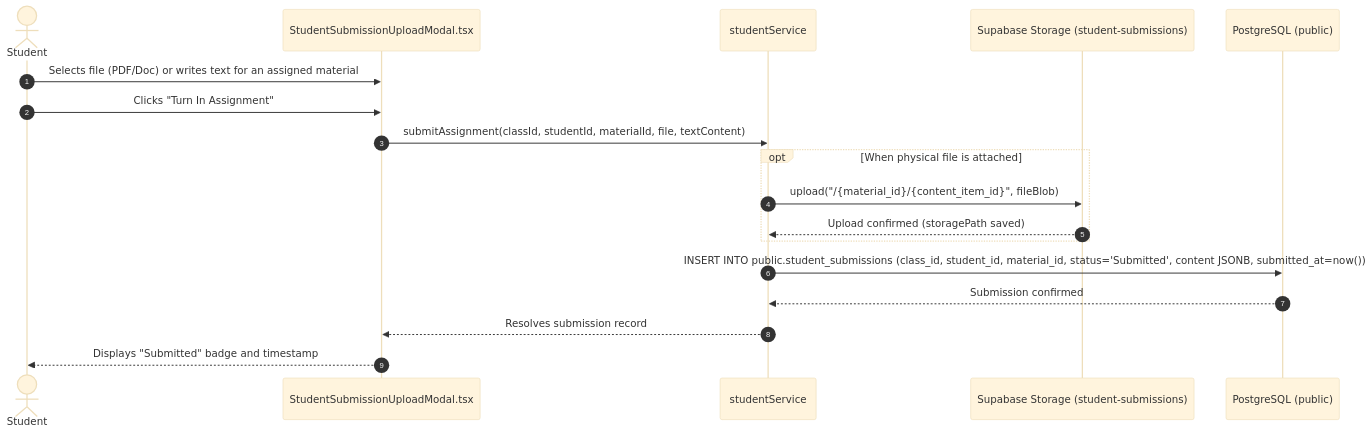
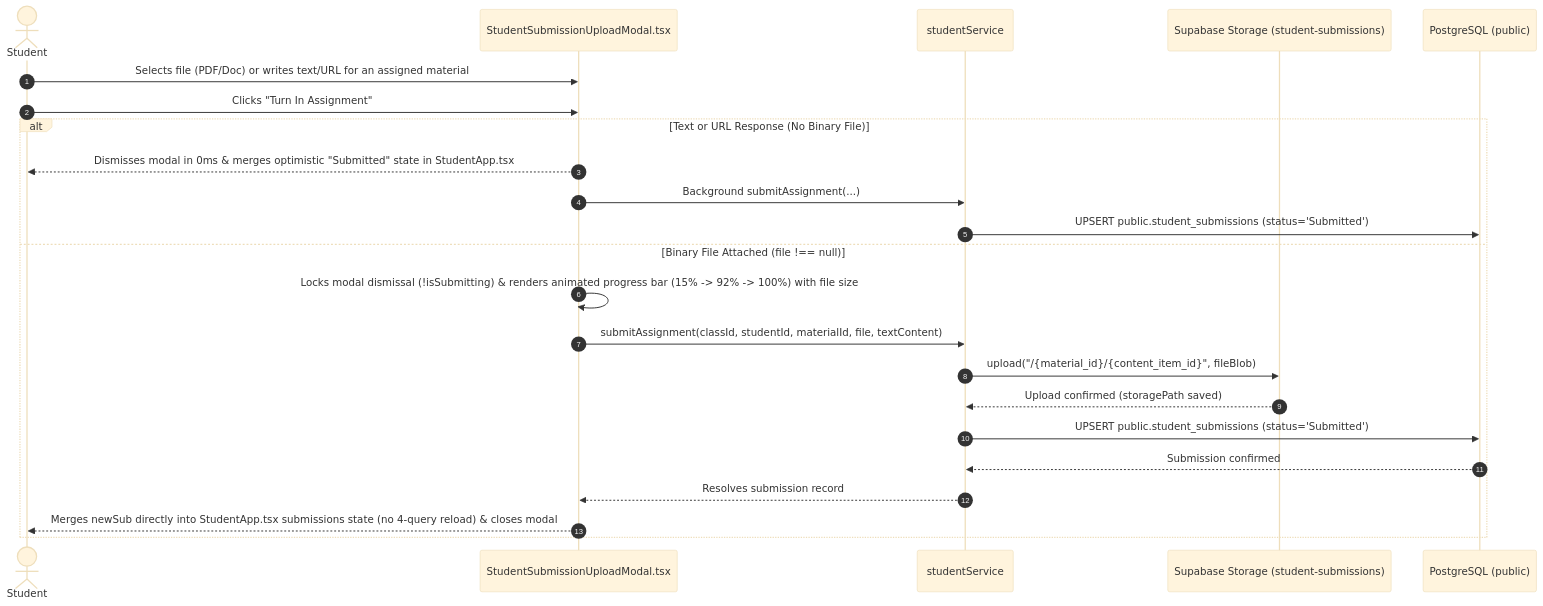
The first of 3 diagrams in systems/workflows/submission_and_grading_workflows.md (VictorBravo9er/Teacher-Assistant-Workspace), drawn with Mermaid (base theme) before and after one commit. The commit also changed other lines of this file and 32 other files, not shown here.

Commit message:
feat(frontend): add optimistic UI mutations, blocking progress overlays, and sync docs

````diff
--- a/systems/workflows/submission_and_grading_workflows.md
+++ b/systems/workflows/submission_and_grading_workflows.md
@@ -11,23 +11,26 @@
 ```mermaid
 sequenceDiagram
     autonumber
     actor Student as Student
     participant UI as StudentSubmissionUploadModal.tsx
     participant Svc as studentService
     participant Storage as Supabase Storage (student-submissions)
     participant DB as PostgreSQL (public)
 
-    Student->>UI: Selects file (PDF/Doc) or writes text for an assigned material
+    Student->>UI: Selects file (PDF/Doc) or writes text/URL for an assigned material
     Student->>UI: Clicks "Turn In Assignment"
-    UI->>Svc: submitAssignment(classId, studentId, materialId, file, textContent)
-    
-    opt When physical file is attached
+    alt Text or URL Response (No Binary File)
+        UI-->>Student: Dismisses modal in 0ms & merges optimistic "Submitted" state in StudentApp.tsx
+        UI->>Svc: Background submitAssignment(...)
+        Svc->>DB: UPSERT public.student_submissions (status='Submitted')
+    else Binary File Attached (file !== null)
+        UI->>UI: Locks modal dismissal (!isSubmitting) & renders animated progress bar (15% -> 92% -> 100%) with file size
+        UI->>Svc: submitAssignment(classId, studentId, materialId, file, textContent)
         Svc->>Storage: upload("/{material_id}/{content_item_id}", fileBlob)
         Storage-->>Svc: Upload confirmed (storagePath saved)
+        Svc->>DB: UPSERT public.student_submissions (status='Submitted')
+        DB-->>Svc: Submission confirmed
+        Svc-->>UI: Resolves submission record
+        UI-->>Student: Merges newSub directly into StudentApp.tsx submissions state (no 4-query reload) & closes modal
     end
-
-    Svc->>DB: INSERT INTO public.student_submissions (class_id, student_id, material_id, status='Submitted', content JSONB, submitted_at=now())
-    DB-->>Svc: Submission confirmed
-    Svc-->>UI: Resolves submission record
-    UI-->>Student: Displays "Submitted" badge and timestamp
 ```
````
